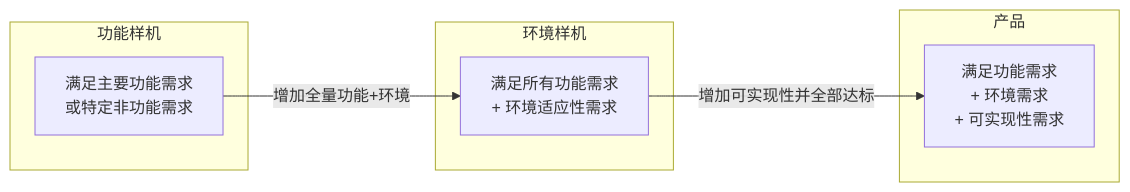
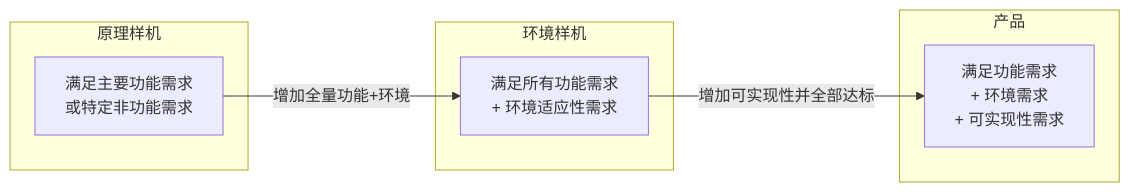
The third of 7 diagrams in 100-subprojects/01-系统工程研究/00-系统工程相关研究报告/09-产品需求完整性研究报告-从三类需求到验证载体.md (Yongjunzhou/AOS-system-design), drawn with Mermaid before and after one commit. The commit also changed other lines of this file and 38 other files, not shown here.

````diff
--- a/100-subprojects/01-系统工程研究/00-系统工程相关研究报告/09-产品需求完整性研究报告-从三类需求到验证载体.md
+++ b/100-subprojects/01-系统工程研究/00-系统工程相关研究报告/09-产品需求完整性研究报告-从三类需求到验证载体.md
@@ -118,13 +126,13 @@
 ```mermaid
 flowchart LR
-    subgraph 功能样机
+    subgraph 原理样机
         A[满足主要功能需求<br/>或特定非功能需求]
     end
     subgraph 环境样机
         B[满足所有功能需求<br/>+ 环境适应性需求]
     end
     subgraph 产品
         C[满足功能需求<br/>+ 环境需求<br/>+ 可实现性需求]
     end
     A -->|增加全量功能+环境| B -->|增加可实现性并全部达标| C
 ```
````
